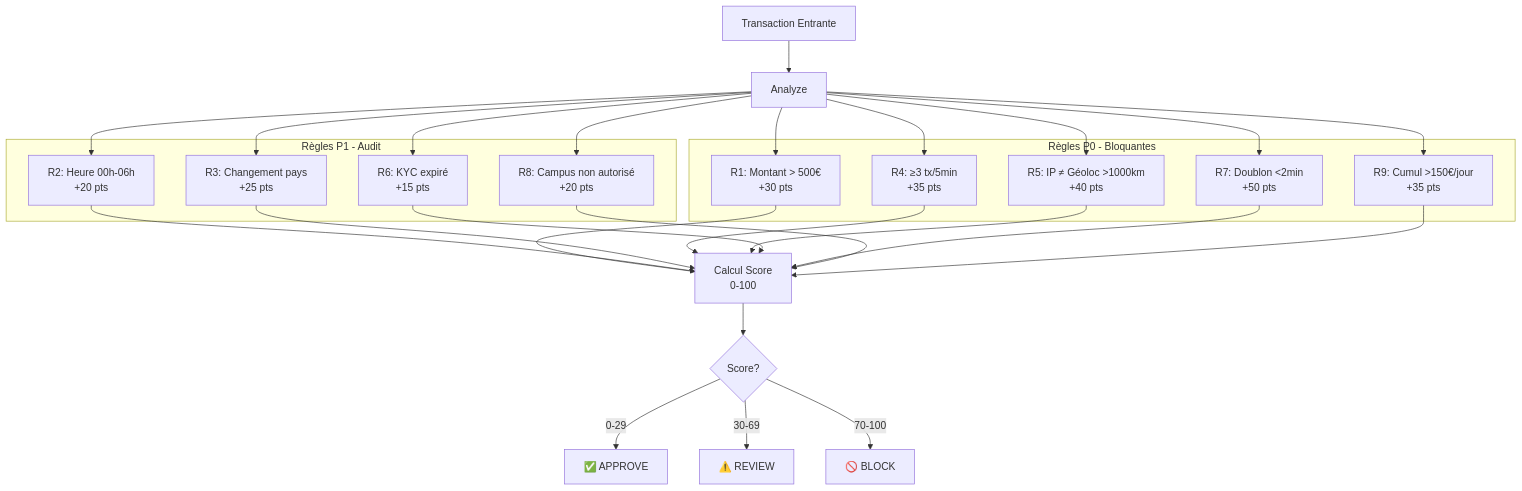
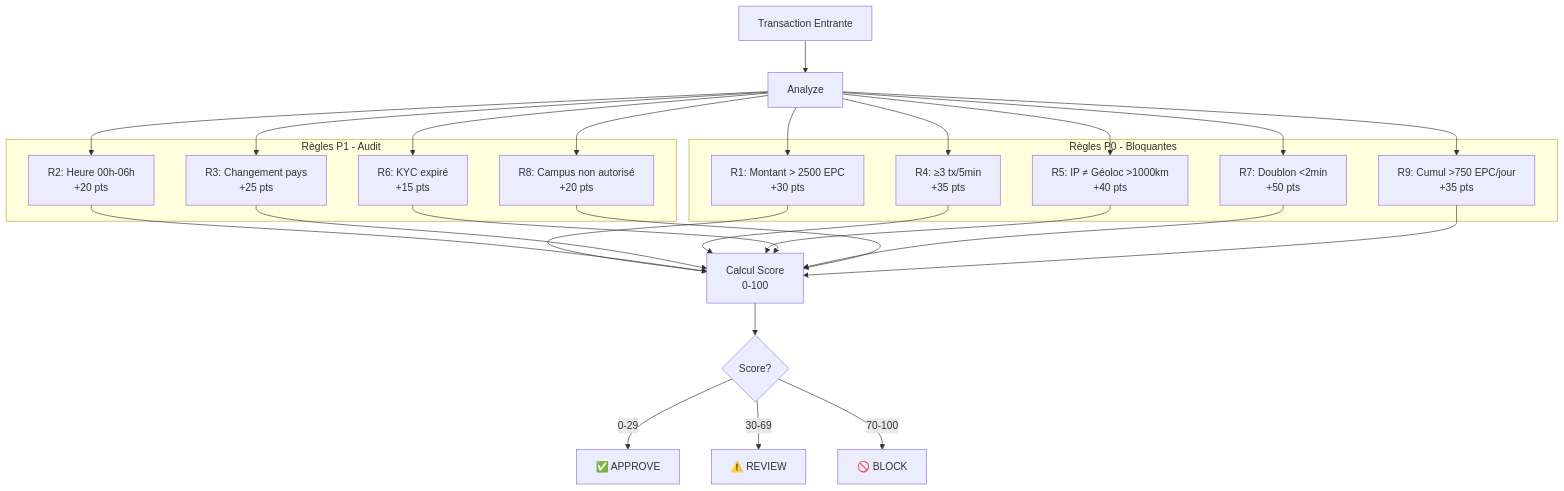
The fourth of 9 diagrams in ARCHITECTURE.md (GraceAkre/Surphy-wallet), drawn with Mermaid before and after one commit. The commit also changed other lines of this file and 29 other files, not shown here.

````diff
--- a/ARCHITECTURE.md
+++ b/ARCHITECTURE.md
@@ -190,28 +190,28 @@
 ```mermaid
 flowchart TD
     TX[Transaction Entrante] --> ANALYZE[Analyze]
 
     subgraph "Règles P0 - Bloquantes"
-        R1[R1: Montant > 500€<br/>+30 pts]
+        R1[R1: Montant > 2500 EPC<br/>+30 pts]
         R4[R4: ≥3 tx/5min<br/>+35 pts]
         R5[R5: IP ≠ Géoloc >1000km<br/>+40 pts]
         R7[R7: Doublon <2min<br/>+50 pts]
-        R9[R9: Cumul >150€/jour<br/>+35 pts]
+        R9[R9: Cumul >750 EPC/jour<br/>+35 pts]
     end
 
     subgraph "Règles P1 - Audit"
         R2[R2: Heure 00h-06h<br/>+20 pts]
         R3[R3: Changement pays<br/>+25 pts]
         R6[R6: KYC expiré<br/>+15 pts]
         R8[R8: Campus non autorisé<br/>+20 pts]
     end
 
     ANALYZE --> R1 & R2 & R3 & R4 & R5 & R6 & R7 & R8 & R9
 
     R1 & R2 & R3 & R4 & R5 & R6 & R7 & R8 & R9 --> SCORE[Calcul Score<br/>0-100]
 
     SCORE --> DECISION{Score?}
     DECISION -->|0-29| APPROVE[✅ APPROVE]
     DECISION -->|30-69| REVIEW[⚠️ REVIEW]
     DECISION -->|70-100| BLOCK[🚫 BLOCK]
 ```
````
